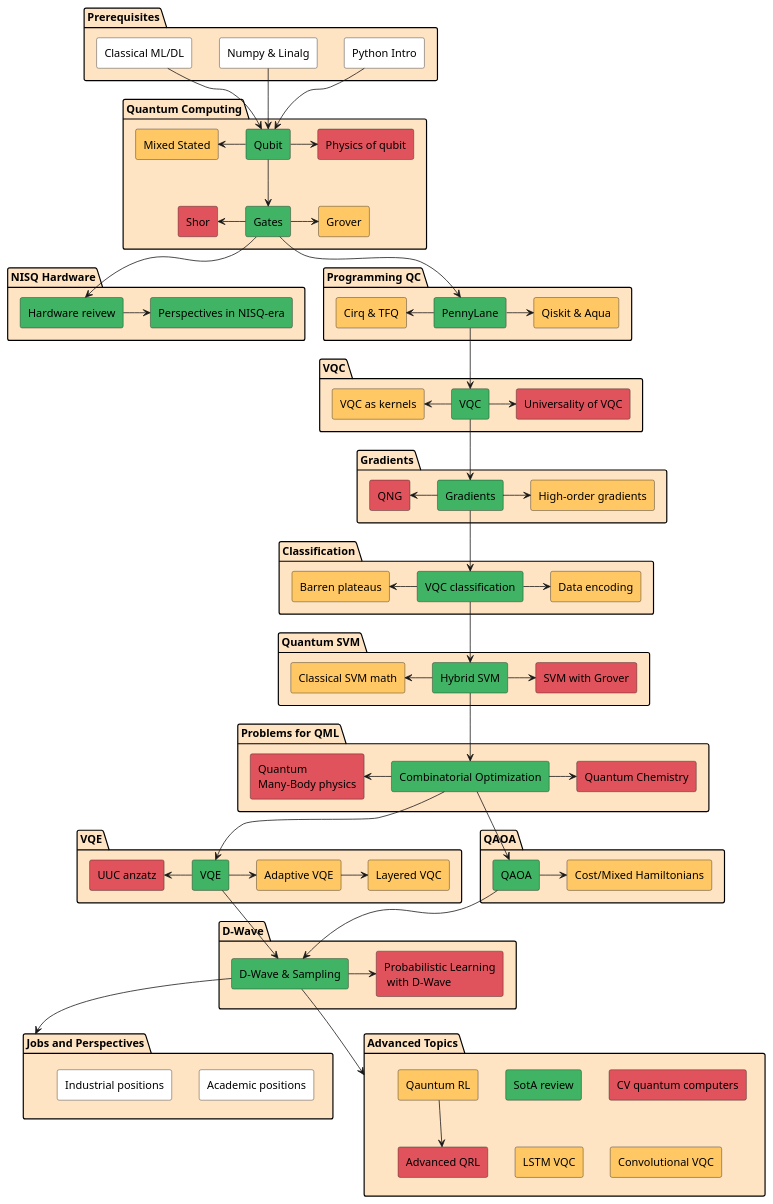
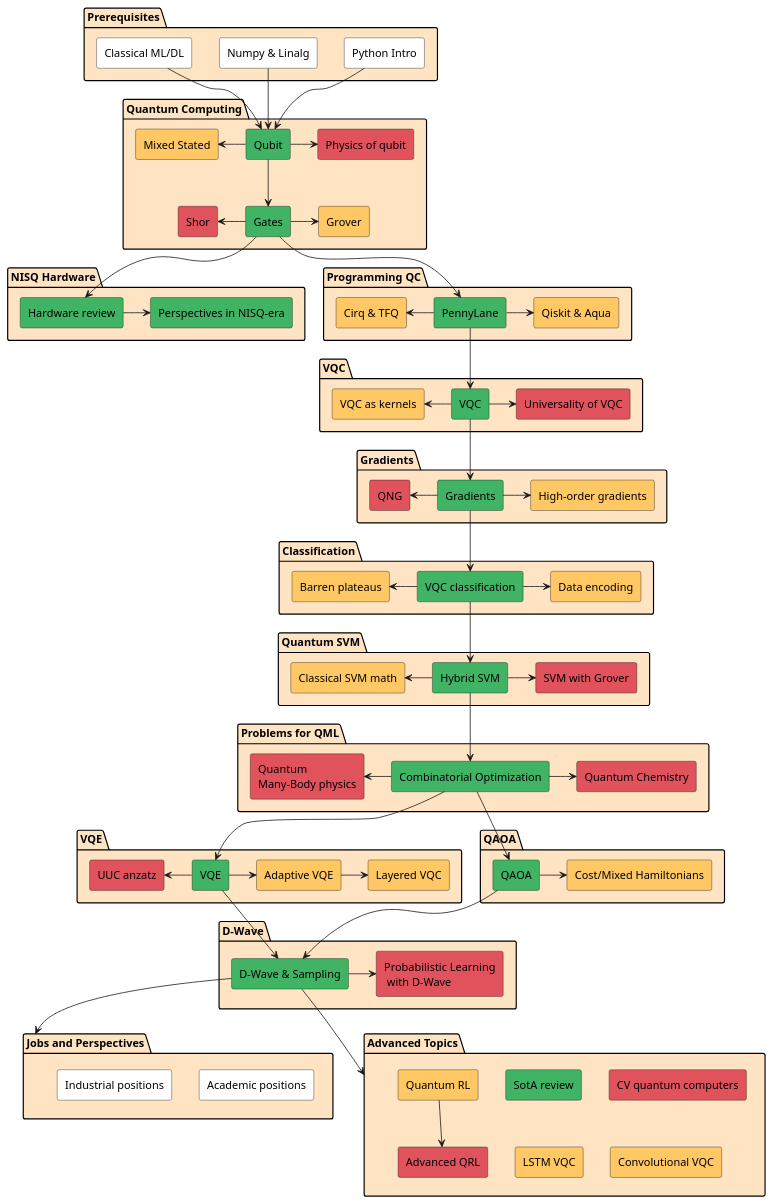
One commit to quantum-ods/qmlcourse changed the diagram in qmlcourseRU/_static/index/program.plantuml. Above: the diagram before and after it, drawn with PlantUML.

Commit message:
fix typos in the course program plantUML diagram

```diff
--- a/qmlcourseRU/_static/index/program.plantuml
+++ b/qmlcourseRU/_static/index/program.plantuml
@@ -1,144 +1,144 @@
 @startuml
 package "Prerequisites" #Bisque {
         rectangle "Python Intro" as python #White
         rectangle "Numpy & Linalg" as numpy #White
         rectangle "Classical ML/DL" as ml #White
 }
 
 package "Quantum Computing" as qci #Bisque {
         rectangle "Qubit" as qubit #40B464
         rectangle "Gates" as gates #40B464
         rectangle "Physics of qubit" as physq #E0535C
         rectangle "Mixed Stated" as mixed #FFC864
         rectangle "Grover" as grover #FFC864
         rectangle "Shor" as shor #E0535C
 }
 
 package "NISQ Hardware" #Bisque {
-        rectangle "Hardware reivew" as review #40B464
+        rectangle "Hardware review" as review #40B464
         rectangle "Perspectives in NISQ-era" as nisq #40B464
 }
 
 package "Programming QC" #Bisque {
         rectangle "PennyLane" as pennylane #40B464
         rectangle "Qiskit & Aqua" as qiskit #FFC864
         rectangle "Cirq & TFQ" as cirq #FFC864
 }
 
 package "VQC" #Bisque {
         rectangle "VQC" as vqc #40B464
         rectangle "VQC as kernels" as kernelvqc #FFC864
         rectangle "Universality of VQC" as univvqc #E0535C
 }
 
 package "Gradients" #Bisque {
         rectangle "Gradients" as grad #40B464
         rectangle "High-order gradients" as hograd #FFC864
         rectangle "QNG" as qng #E0535C
 }
 
 package "Classification" #Bisque {
         rectangle "VQC classification" as vqcc #40B464
         rectangle "Barren plateaus" as barren #FFC864
         rectangle "Data encoding" as encoding #FFC864
 }
 
 package "Quantum SVM" #Bisque {
         rectangle "Hybrid SVM" as hsvm #40B464
         rectangle "Classical SVM math" as csvm #FFC864
         rectangle "SVM with Grover" as gsvm #E0535C
 }
 
 package "Problems for QML" #Bisque {
         rectangle "Combinatorial Optimization" as copt #40B464
         rectangle "Quantum\nMany-Body physics" as qmbp #E0535C
         rectangle "Quantum Chemistry" as qchem #E0535C
 }
 
 package "VQE" #Bisque {
         rectangle "VQE" as vqe #40B464
         rectangle "Adaptive VQE" as avqe #FFC864
         rectangle "Layered VQC" as lvqe #FFC864
         rectangle "UUC anzatz" as uuc #E0535C
 }
 
 package "QAOA" #Bisque {
         rectangle "QAOA" as qaoa #40B464
         rectangle "Cost/Mixed Hamiltonians" as hams #FFC864
 }
 
 package "D-Wave" #Bisque {
         rectangle "D-Wave & Sampling" as dwave #40B464
         rectangle "Probabilistic Learning\n with D-Wave" as probml #E0535C
 }
 
 package "Jobs and Perspectives" as jobs #Bisque {
         rectangle "Academic positions" as academic #White
         rectangle "Industrial positions" as industrial #White
 }
 
 package "Advanced Topics" as adv #Bisque {
         rectangle "SotA review" as sota #40B464
-        rectangle "Qauntum RL" as qrl #FFC864
+        rectangle "Quantum RL" as qrl #FFC864
         rectangle "Advanced QRL" as aqrl #E0535C
         rectangle "CV quantum computers" as svqc #E0535C
         rectangle "LSTM VQC" as lstm #FFC864
         rectangle "Convolutional VQC" as convvqc #FFC864
 }
 
 
 python --> qubit
 numpy --> qubit
 ml --> qubit
 
 qubit --> gates
 qubit -> physq
 mixed <- qubit
 gates -> grover
 shor <- gates
 
 gates --> review
 review -> nisq
 
 gates --> pennylane
 cirq <- pennylane
 pennylane -> qiskit
 
 pennylane --> vqc
 kernelvqc <- vqc
 vqc -> univvqc
 
 vqc --> grad
 qng <- grad
 grad -> hograd
 
 grad --> vqcc
 barren <- vqcc
 vqcc -> encoding
 
 vqcc --> hsvm
 csvm <- hsvm
 hsvm -> gsvm
 
 hsvm --> copt
 qmbp <- copt
 copt -> qchem
 
 copt --> vqe
 uuc <- vqe
 vqe -> avqe
 avqe -> lvqe
 
 copt --> qaoa
 qaoa -> hams
 
 qaoa --> dwave
 vqe --> dwave
 dwave -> probml
 
 dwave --> jobs
 
 dwave -->adv
 qrl --> aqrl
 
 @enduml
```
